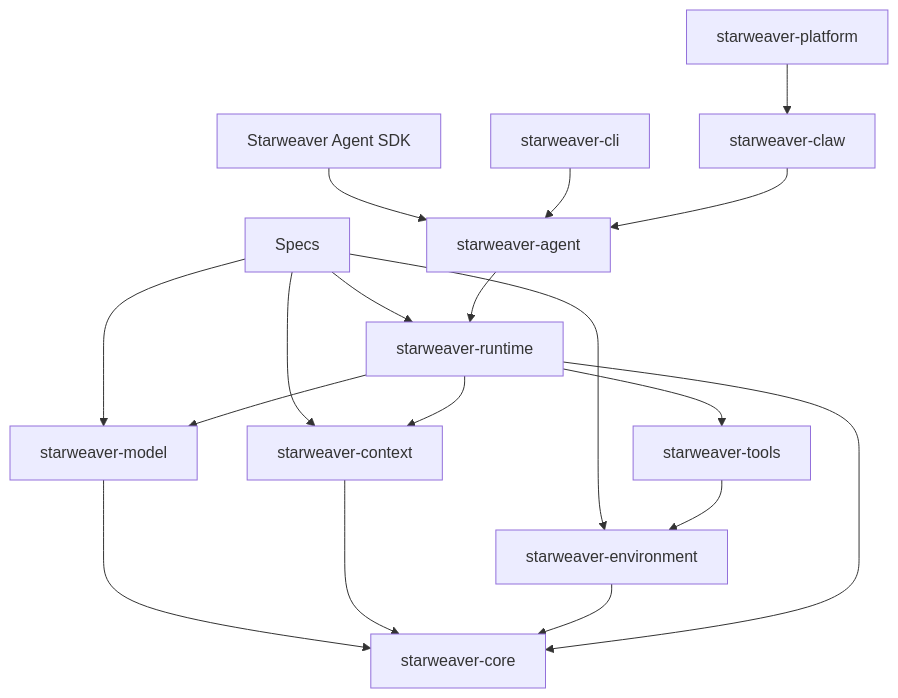
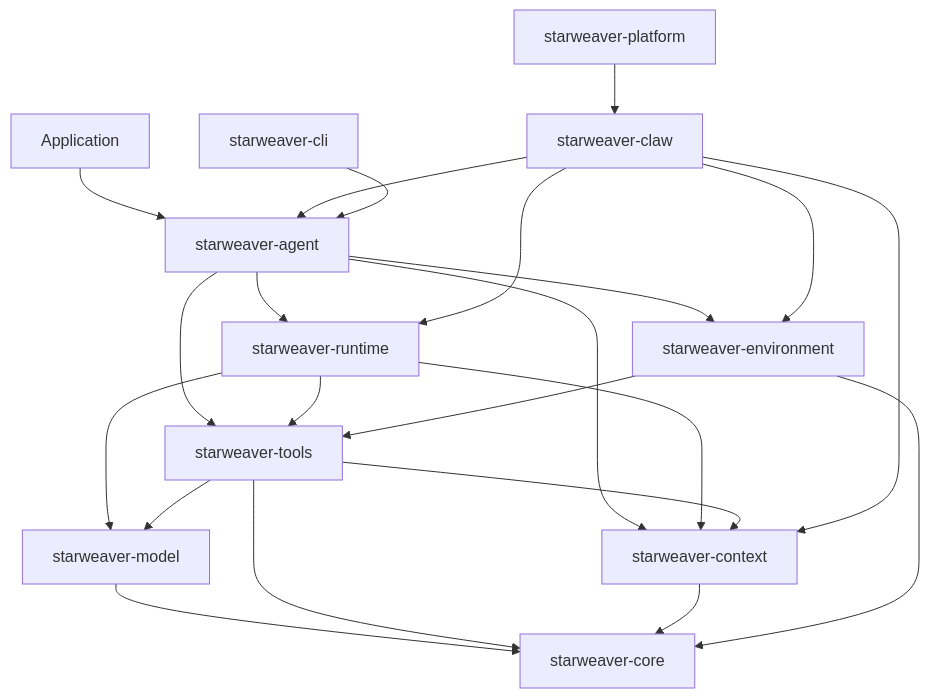
One commit to Wh1isper/starweaver changed the diagram in spec/README.md. Above: the diagram before and after it, drawn with Mermaid. The commit also changed other lines of this file and 133 other files, not shown here.

````diff
--- a/spec/README.md
+++ b/spec/README.md
@@ -30,33 +36,36 @@
 ```mermaid
 flowchart TD
-    sdk[Starweaver Agent SDK]
+    app[Application]
+    sdk[starweaver-agent]
+    runtime[starweaver-runtime]
+    model[starweaver-model]
+    tools[starweaver-tools]
+    context[starweaver-context]
     core[starweaver-core]
-    model[starweaver-model]
-    context[starweaver-context]
-    environment[starweaver-environment]
-    tools[starweaver-tools]
-    runtime[starweaver-runtime]
-    agent[starweaver-agent]
+    env[starweaver-environment]
+    service[starweaver-claw]
     cli[starweaver-cli]
-    claw[starweaver-claw]
     platform[starweaver-platform]
-    specs[Specs]
 
-    specs --> model
-    specs --> context
-    specs --> environment
-    specs --> runtime
-    sdk --> agent
-    agent --> runtime
+    app --> sdk
+    sdk --> runtime
+    sdk --> tools
+    sdk --> context
+    sdk --> env
     runtime --> model
+    runtime --> tools
     runtime --> context
-    runtime --> tools
-    tools --> environment
-    cli --> agent
-    claw --> agent
-    platform --> claw
     model --> core
+    tools --> core
+    tools --> model
+    tools --> context
     context --> core
-    environment --> core
-    runtime --> core
+    env --> core
+    env --> tools
+    service --> sdk
+    service --> runtime
+    service --> context
+    service --> env
+    cli --> sdk
+    platform --> service
 ```
````
